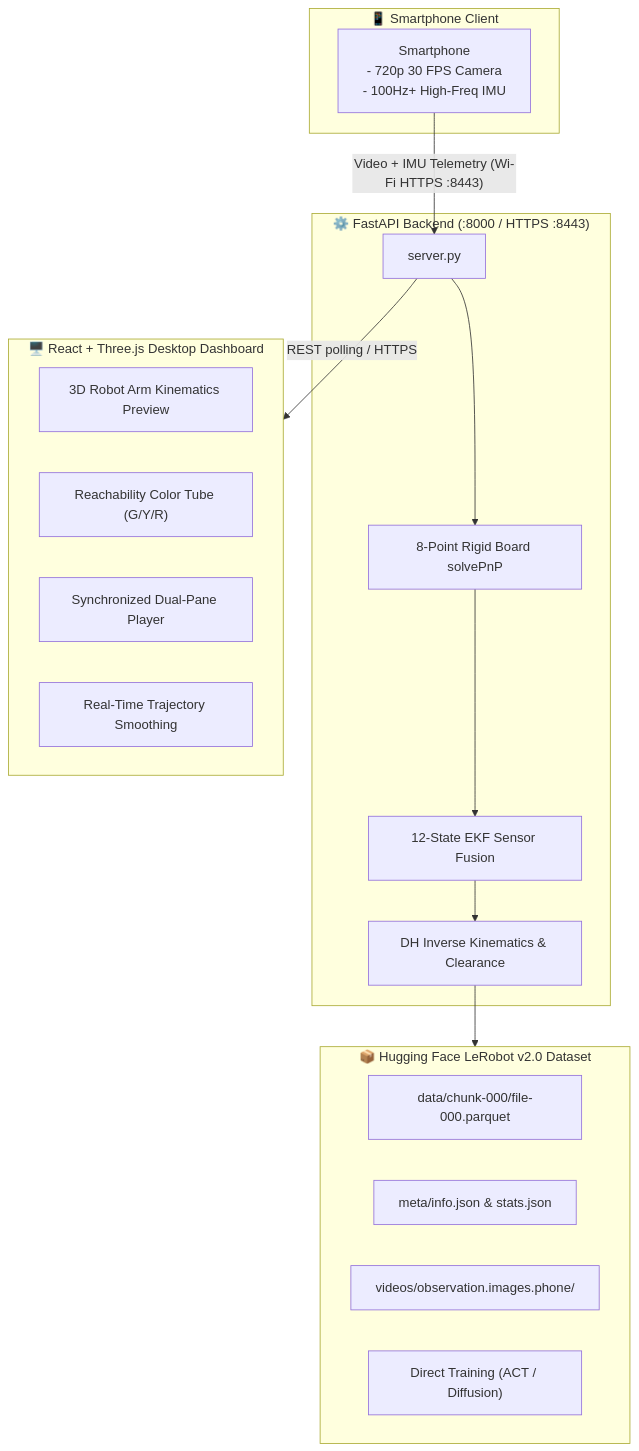
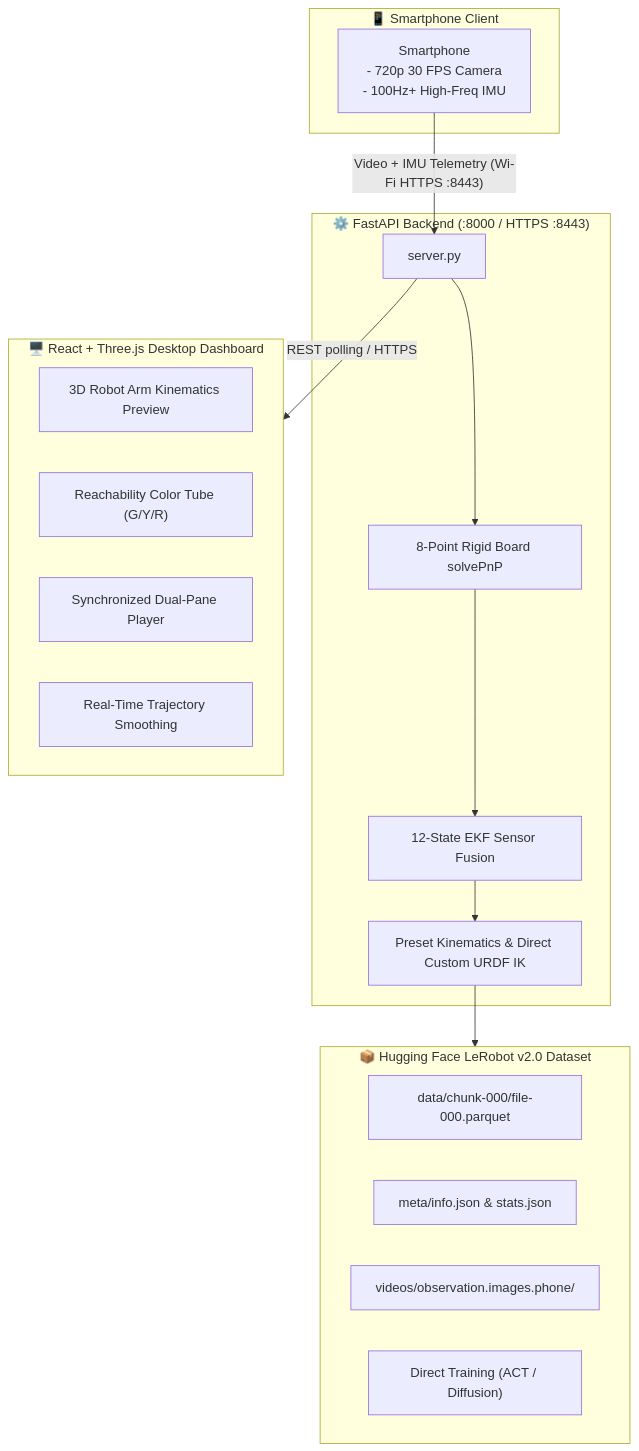
The first of 4 diagrams in README.md (FalightSK/omni-kin), drawn with Mermaid before and after one commit. The commit also changed other lines of this file and 21 other files, not shown here.

````diff
--- a/README.md
+++ b/README.md
@@ -5,32 +5,32 @@
 ```mermaid
 flowchart TD
     subgraph Client["📱 Smartphone Client"]
         Phone["Smartphone<br/>- 720p 30 FPS Camera<br/>- 100Hz+ High-Freq IMU"]
     end
 
     subgraph Backend["⚙️ FastAPI Backend (:8000 / HTTPS :8443)"]
         Server["server.py"]
         PnP["8-Point Rigid Board solvePnP"]
         EKF["12-State EKF Sensor Fusion"]
-        IK["DH Inverse Kinematics & Clearance"]
+        IK["Preset Kinematics & Direct Custom URDF IK"]
         Server --> PnP --> EKF --> IK
     end
 
     subgraph Dashboard["🖥️ React + Three.js Desktop Dashboard"]
         View3D["3D Robot Arm Kinematics Preview"]
         ReachColor["Reachability Color Tube (G/Y/R)"]
         DualPlayer["Synchronized Dual-Pane Player"]
         Smooth["Real-Time Trajectory Smoothing"]
     end
 
     subgraph Dataset["📦 Hugging Face LeRobot v2.0 Dataset"]
         Parquet["data/chunk-000/file-000.parquet"]
         Meta["meta/info.json & stats.json"]
         Videos["videos/observation.images.phone/"]
         Train["Direct Training (ACT / Diffusion)"]
     end
 
     Phone -- "Video + IMU Telemetry (Wi-Fi HTTPS :8443)" --> Server
     Server -- "REST polling / HTTPS" --> Dashboard
     IK --> Dataset
 ```
````
